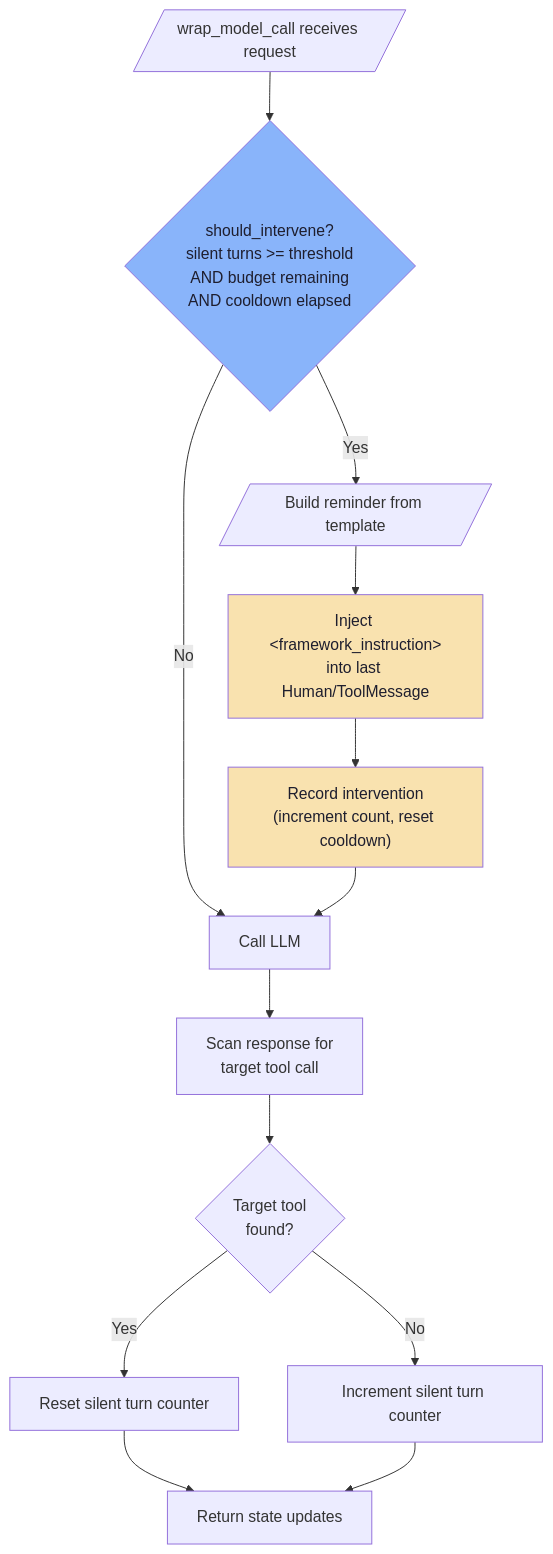
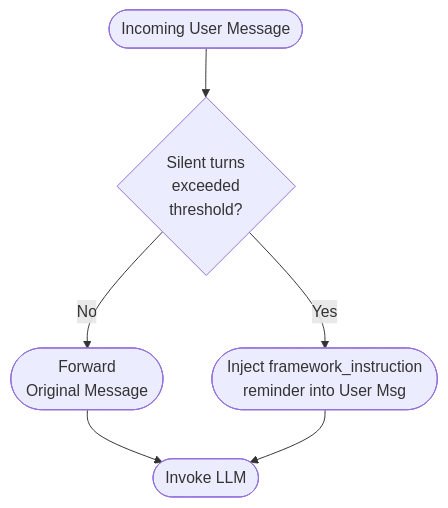
Before and after one commit to johnsosoka/code-examples: the diagram in python/behavior-steering-middleware/src/bsm_examples/drift_detection/DIAGRAM.md, drawn with Mermaid. The commit also changed 8 other files, not shown here.

First line of the commit message:
docs: simplify diagrams to match sketch style, fix blog post accuracy

````diff
--- a/python/behavior-steering-middleware/src/bsm_examples/drift_detection/DIAGRAM.md
+++ b/python/behavior-steering-middleware/src/bsm_examples/drift_detection/DIAGRAM.md
@@ -3,24 +3,8 @@
 ```mermaid
 flowchart TD
-    A[/"wrap_model_call receives request"/] --> B{"should_intervene?<br/>silent turns >= threshold<br/>AND budget remaining<br/>AND cooldown elapsed"}
-
-    B -- Yes --> C[/"Build reminder from template"/]
-    C --> D["Inject &lt;framework_instruction&gt;<br/>into last Human/ToolMessage"]
-    D --> E["Record intervention<br/>(increment count, reset cooldown)"]
-
-    B -- No --> F
-
-    E --> F[Call LLM]
-    F --> G["Scan response for<br/>target tool call"]
-
-    G --> H{"Target tool<br/>found?"}
-    H -- Yes --> I["Reset silent turn counter"]
-    H -- No --> J["Increment silent turn counter"]
-
-    I --> K[Return state updates]
-    J --> K
-
-    style B fill:#89b4fa,color:#1e1e2e
-    style D fill:#f9e2af,color:#1e1e2e
-    style E fill:#f9e2af,color:#1e1e2e
+    A(["Incoming User Message"]) --> B{"Silent turns<br/>exceeded<br/>threshold?"}
+    B -- No --> C(["Forward<br/>Original Message"])
+    B -- Yes --> D(["Inject framework_instruction<br/>reminder into User Msg"])
+    C --> E(["Invoke LLM"])
+    D --> E
 ```
````
